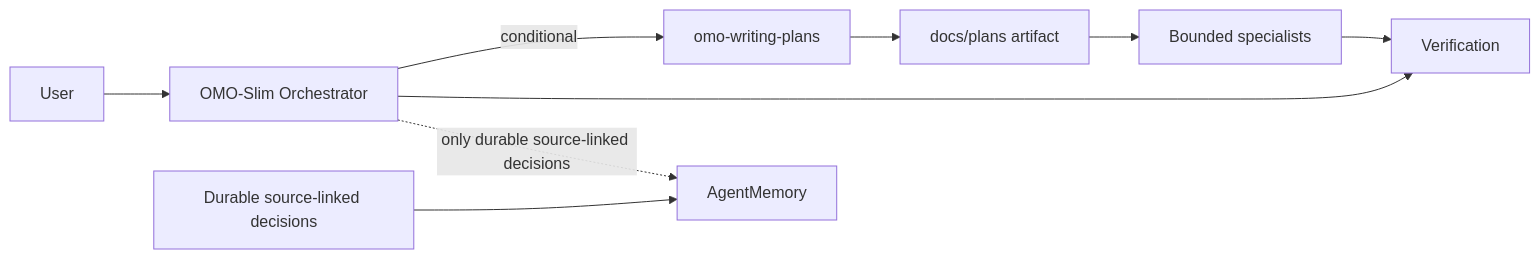
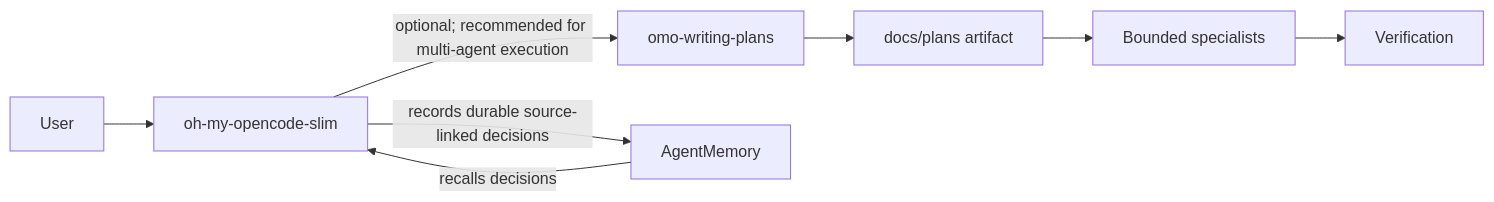
One commit to ismailokta/omo-writing-plans changed the diagram in README.md. Above: the diagram before and after it, drawn with Mermaid. The commit also changed other lines of this file, not shown here.

Commit message:
docs: document OMO-Slim and AgentMemory integration

````diff
--- a/README.md
+++ b/README.md
@@ -123,11 +153,10 @@
 ```mermaid
 flowchart LR
-    U[User] --> O[OMO-Slim Orchestrator]
-    O -->|conditional| P[omo-writing-plans]
+    U[User] --> O[oh-my-opencode-slim]
+    O -->|optional; recommended for multi-agent execution| P[omo-writing-plans]
     P --> A[docs/plans artifact]
     A --> S[Bounded specialists]
     S --> V[Verification]
-    O --> V
-    D[Durable source-linked decisions] --> M[AgentMemory]
-    O -.->|only durable source-linked decisions| M
+    O -->|records durable source-linked decisions| M[AgentMemory]
+    M -->|recalls decisions| O
 ```
````
